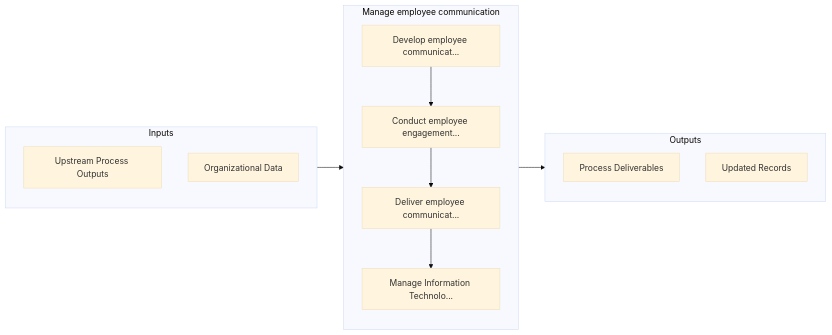
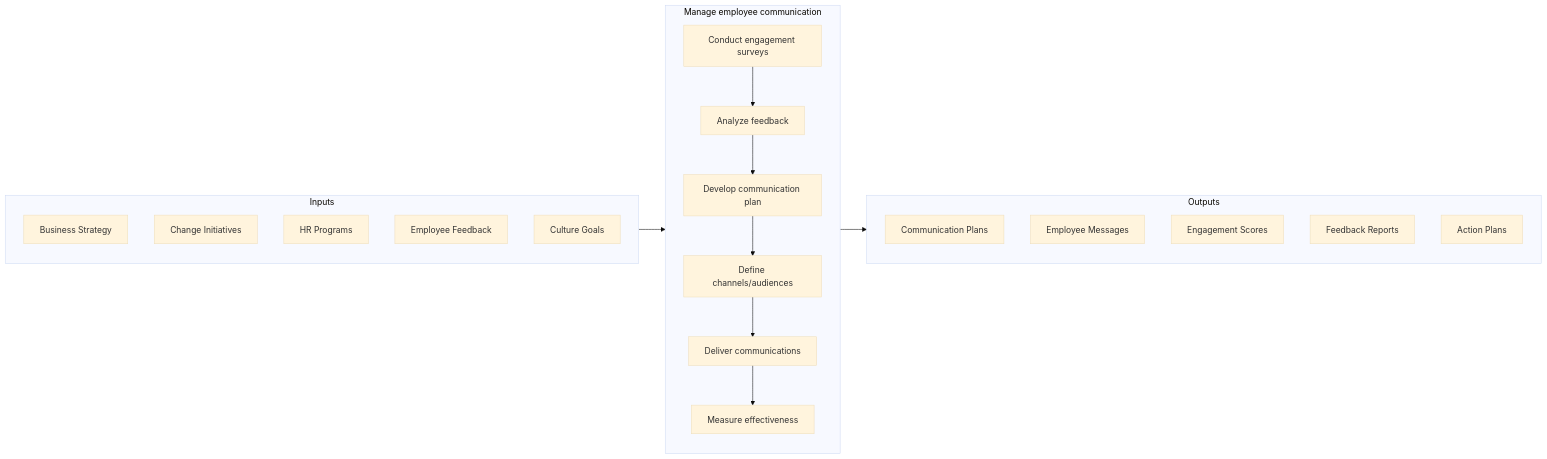
The second of 2 diagrams in processes/07-HR/7.8-ManageEmployeeCommunication/index.mdx (kziemski/business.org.ai), drawn with Mermaid (base theme) before and after one commit. The commit also changed other lines of this file and 885 other files, not shown here.

````diff
--- a/processes/07-HR/7.8-ManageEmployeeCommunication/index.mdx
+++ b/processes/07-HR/7.8-ManageEmployeeCommunication/index.mdx
@@ -61,24 +59,32 @@
 ```mermaid
 flowchart LR
     subgraph Inputs["Inputs"]
-        I1["Upstream Process Outputs"]
-        I2["Organizational Data"]
+        I1["Business Strategy"]
+        I2["Change Initiatives"]
+        I3["HR Programs"]
+        I4["Employee Feedback"]
+        I5["Culture Goals"]
     end
 
     subgraph Process["Manage employee communication"]
-        S1["Develop employee communicat..."]
-        S2["Conduct employee engagement..."]
-        S3["Deliver employee communicat..."]
-        S4["Manage Information Technolo..."]
+        S1["Develop communication plan"]
+        S2["Define channels/audiences"]
+        S3["Conduct engagement surveys"]
+        S4["Analyze feedback"]
+        S5["Deliver communications"]
+        S6["Measure effectiveness"]
+
+        S1 --> S2 --> S5 --> S6
+        S3 --> S4 --> S1
     end
 
     subgraph Outputs["Outputs"]
-        O1["Process Deliverables"]
-        O2["Updated Records"]
+        O1["Communication Plans"]
+        O2["Employee Messages"]
+        O3["Engagement Scores"]
+        O4["Feedback Reports"]
+        O5["Action Plans"]
     end
 
     Inputs --> Process --> Outputs
-    S1 --> S2
-    S2 --> S3
-    S3 --> S4
 ```
````
